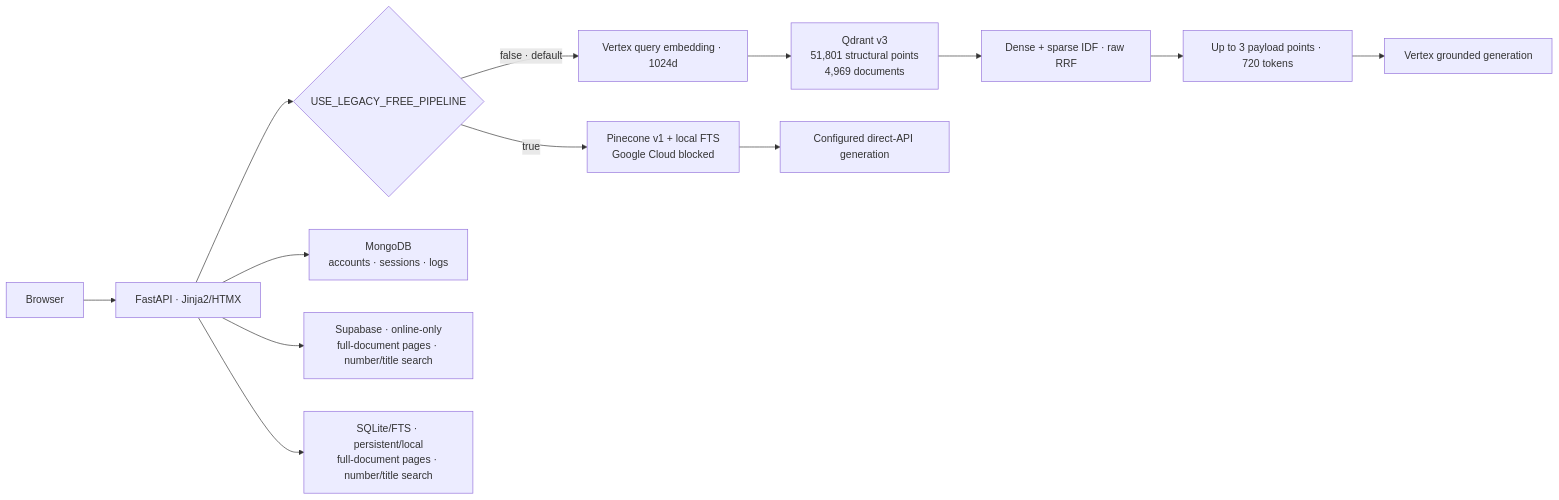
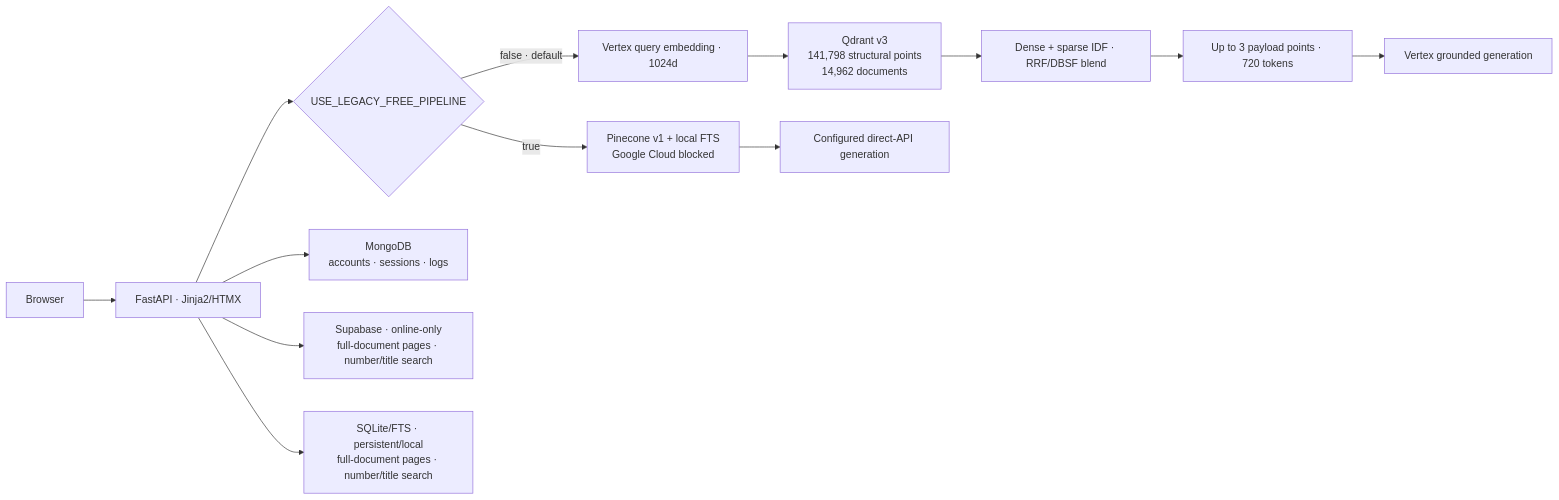
The diagram in README.en.md (TanNguyen234/VietLex-Tech-Spec), drawn with Mermaid before and after one commit. The commit also changed other lines of this file and 40 other files, not shown here.

````diff
--- a/README.en.md
+++ b/README.en.md
@@ -53,15 +53,15 @@
 ```mermaid
 flowchart LR
     User["Browser"] --> API["FastAPI · Jinja2/HTMX"]
     API --> Selector{"USE_LEGACY_FREE_PIPELINE"}
     Selector -- "false · default" --> Vertex["Vertex query embedding · 1024d"]
-    Vertex --> QV3["Qdrant v3<br/>51,801 structural points<br/>4,969 documents"]
-    QV3 --> RRF["Dense + sparse IDF · raw RRF"]
+    Vertex --> QV3["Qdrant v3<br/>141,798 structural points<br/>14,962 documents"]
+    QV3 --> RRF["Dense + sparse IDF · RRF/DBSF blend"]
     RRF --> Evidence["Up to 3 payload points · 720 tokens"]
     Selector -- "true" --> Legacy["Pinecone v1 + local FTS<br/>Google Cloud blocked"]
     Evidence --> Answer["Vertex grounded generation"]
     Legacy --> Direct["Configured direct-API generation"]
     API --> Mongo["MongoDB<br/>accounts · sessions · logs"]
     API --> Supabase["Supabase · online-only<br/>full-document pages · number/title search"]
     API --> Local["SQLite/FTS · persistent/local<br/>full-document pages · number/title search"]
 ```
````
